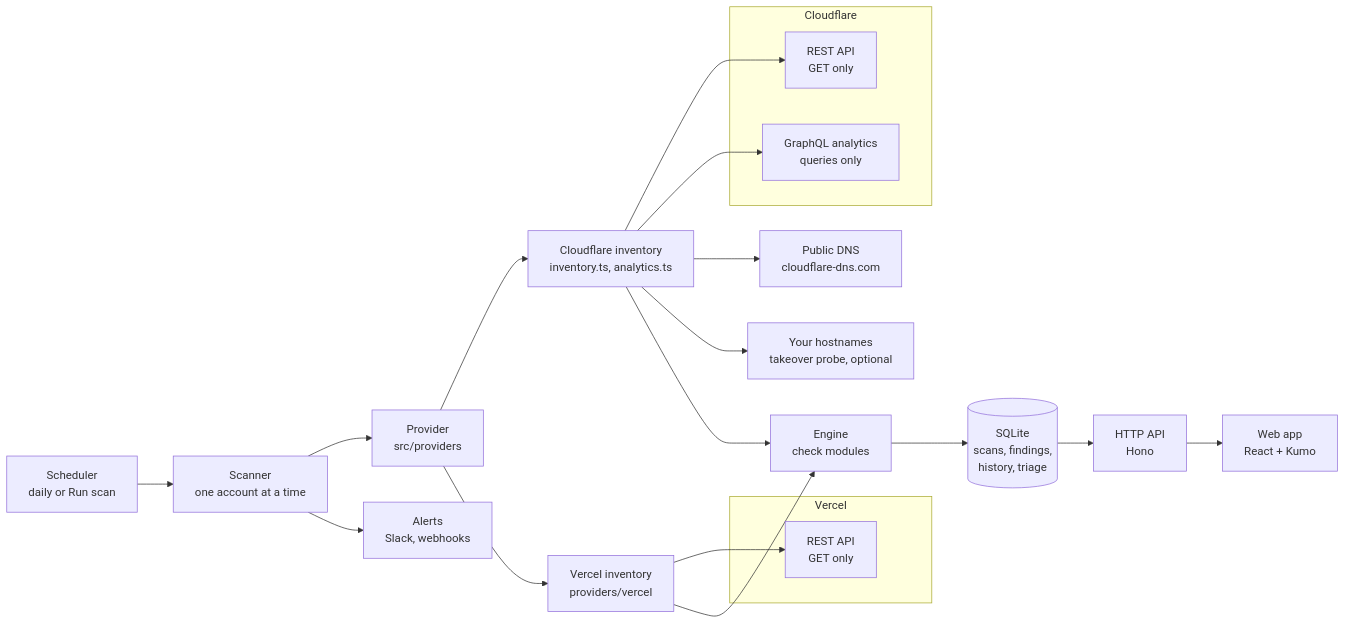
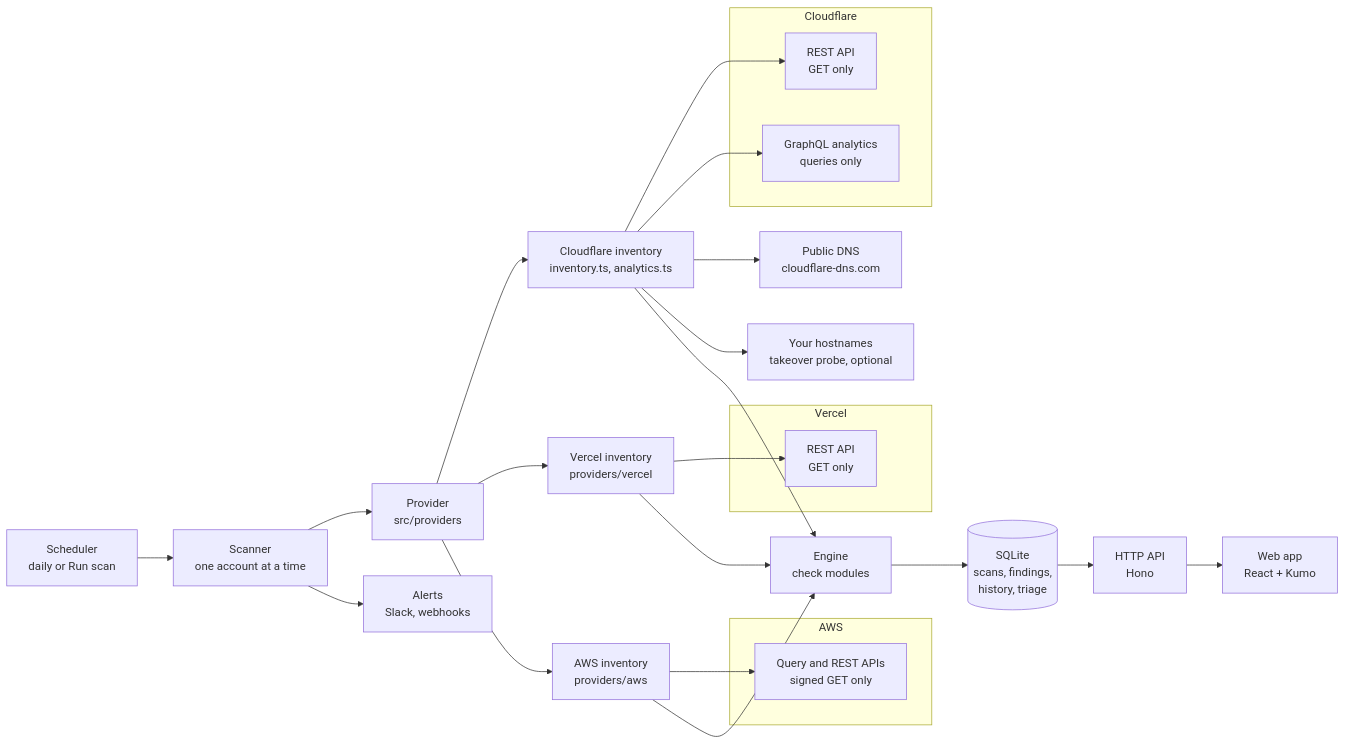
One commit to r4reetik/edgewatch changed the diagram in docs/architecture.md. Above: the diagram before and after it, drawn with Mermaid. The commit also changed other lines of this file and 96 other files, not shown here.

````diff
--- a/docs/architecture.md
+++ b/docs/architecture.md
@@ -3,24 +3,29 @@
 ```mermaid
 flowchart LR
   subgraph Cloudflare
     REST[REST API<br/>GET only]
     GQL[GraphQL analytics<br/>queries only]
   end
   subgraph Vercel
     VREST[REST API<br/>GET only]
   end
+  subgraph AWS
+    AREST[Query and REST APIs<br/>signed GET only]
+  end
   DOH[Public DNS<br/>cloudflare-dns.com]
   HOSTS[Your hostnames<br/>takeover probe, optional]
 
   SCH[Scheduler<br/>daily or Run scan] --> SC[Scanner<br/>one account at a time]
   SC --> PROV[Provider<br/>src/providers]
   PROV --> INV[Cloudflare inventory<br/>inventory.ts, analytics.ts]
   PROV --> VINV[Vercel inventory<br/>providers/vercel]
+  PROV --> AINV[AWS inventory<br/>providers/aws]
   INV --> REST & GQL & DOH & HOSTS
   VINV --> VREST
-  INV & VINV --> ENG[Engine<br/>check modules]
+  AINV --> AREST
+  INV & VINV & AINV --> ENG[Engine<br/>check modules]
   ENG --> DB[(SQLite<br/>scans, findings,<br/>history, triage)]
   DB --> API[HTTP API<br/>Hono]
   API --> WEB[Web app<br/>React + Kumo]
   SC --> NOTIFY[Alerts<br/>Slack, webhooks]
 ```
````
